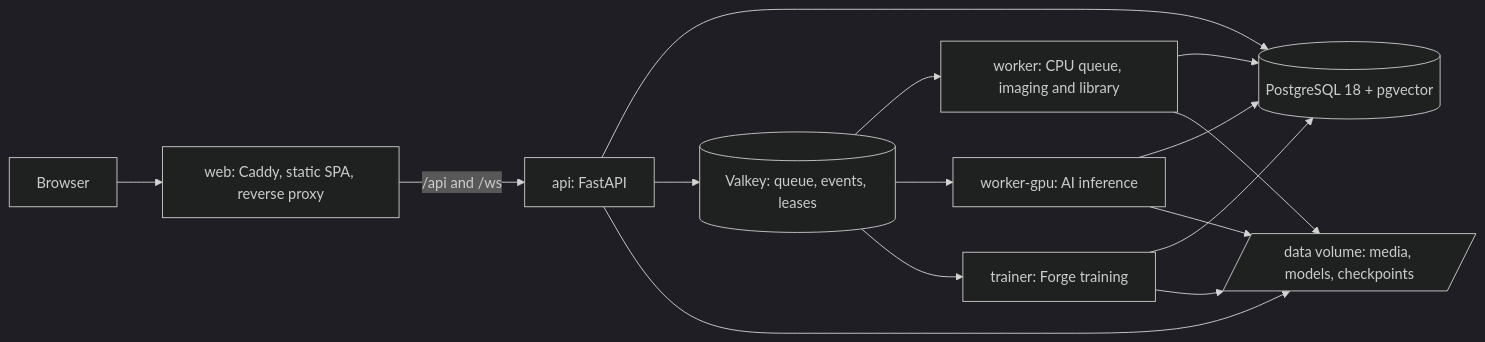
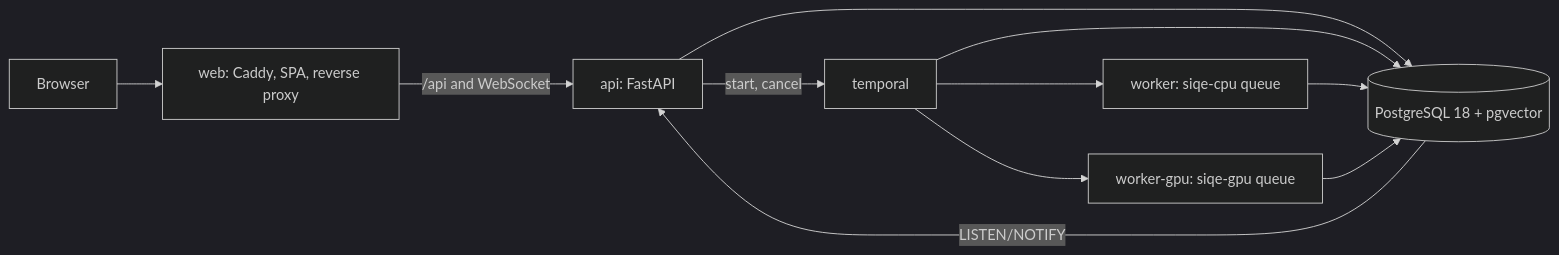
One commit to AmerZuher/Super-Image-Quality-Enhancer changed the fifth of 5 diagrams in docs/architecture.md. Above: the diagram before and after it, drawn with Mermaid (dark theme). The commit also changed other lines of this file and 21 other files, not shown here.

First line of the commit message:
docs: architecture v3, ADRs, AGENTS.md, README and gallery

````diff
--- a/docs/architecture.md
+++ b/docs/architecture.md
@@ -418,17 +305,13 @@
 ```mermaid
 flowchart LR
-  B[Browser] --> C[web: Caddy, static SPA, reverse proxy]
-  C -->|/api and /ws| A[api: FastAPI]
+  B[Browser] --> C[web: Caddy, SPA, reverse proxy]
+  C -->|/api and WebSocket| A[api: FastAPI]
   A --> P[(PostgreSQL 18 + pgvector)]
-  A --> V[(Valkey: queue, events, leases)]
-  V --> W1[worker: CPU queue, imaging and library]
-  V --> W2[worker-gpu: AI inference]
-  V --> T[trainer: Forge training]
+  A -->|start, cancel| T[temporal]
+  T --> P
+  T --> W1[worker: siqe-cpu queue]
+  T --> W2[worker-gpu: siqe-gpu queue]
   W1 --> P
   W2 --> P
-  T --> P
-  A --> D[/data volume: media, models, checkpoints/]
-  W1 --> D
-  W2 --> D
-  T --> D
+  P -->|LISTEN/NOTIFY| A
 ```
````
